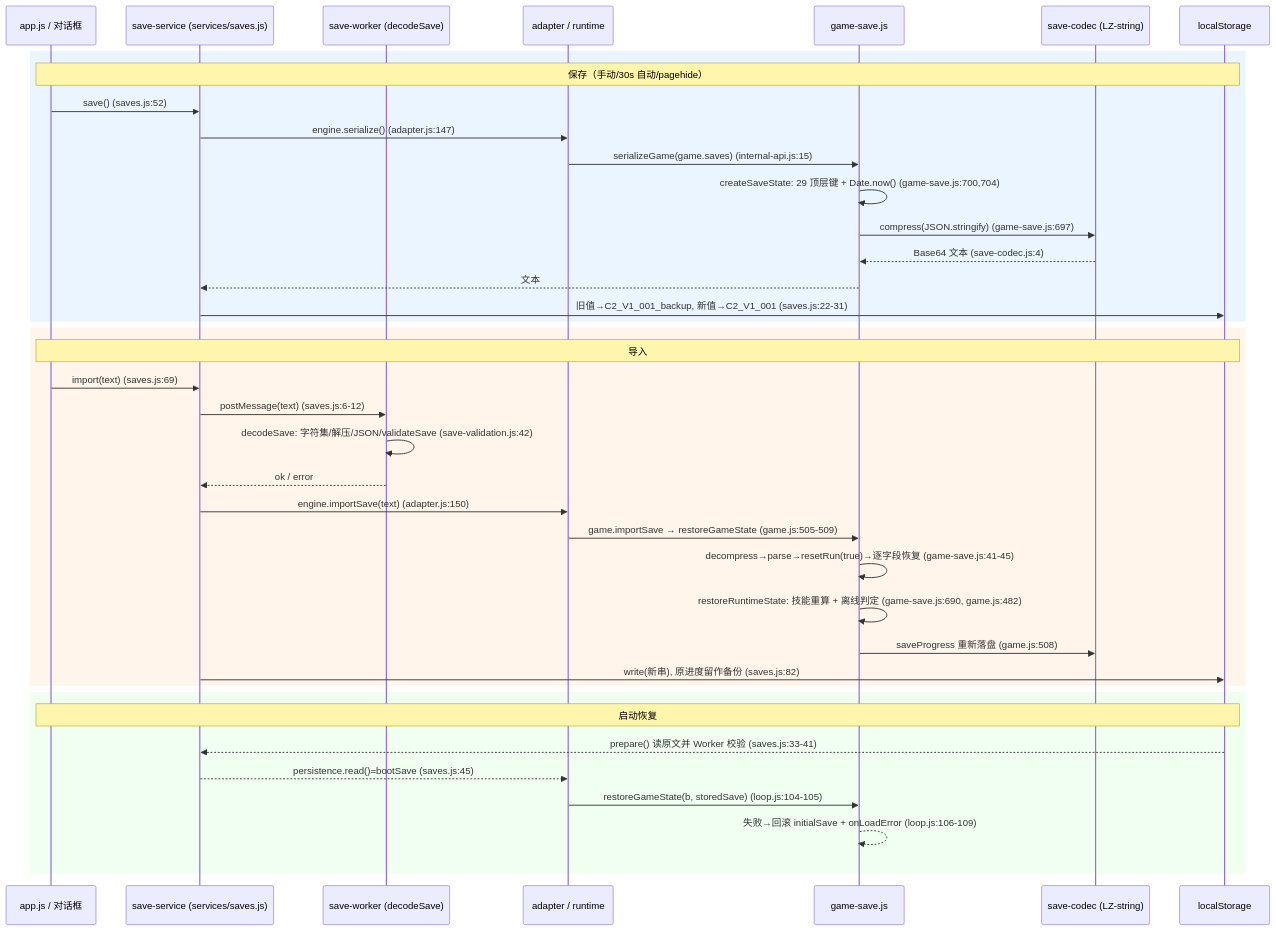
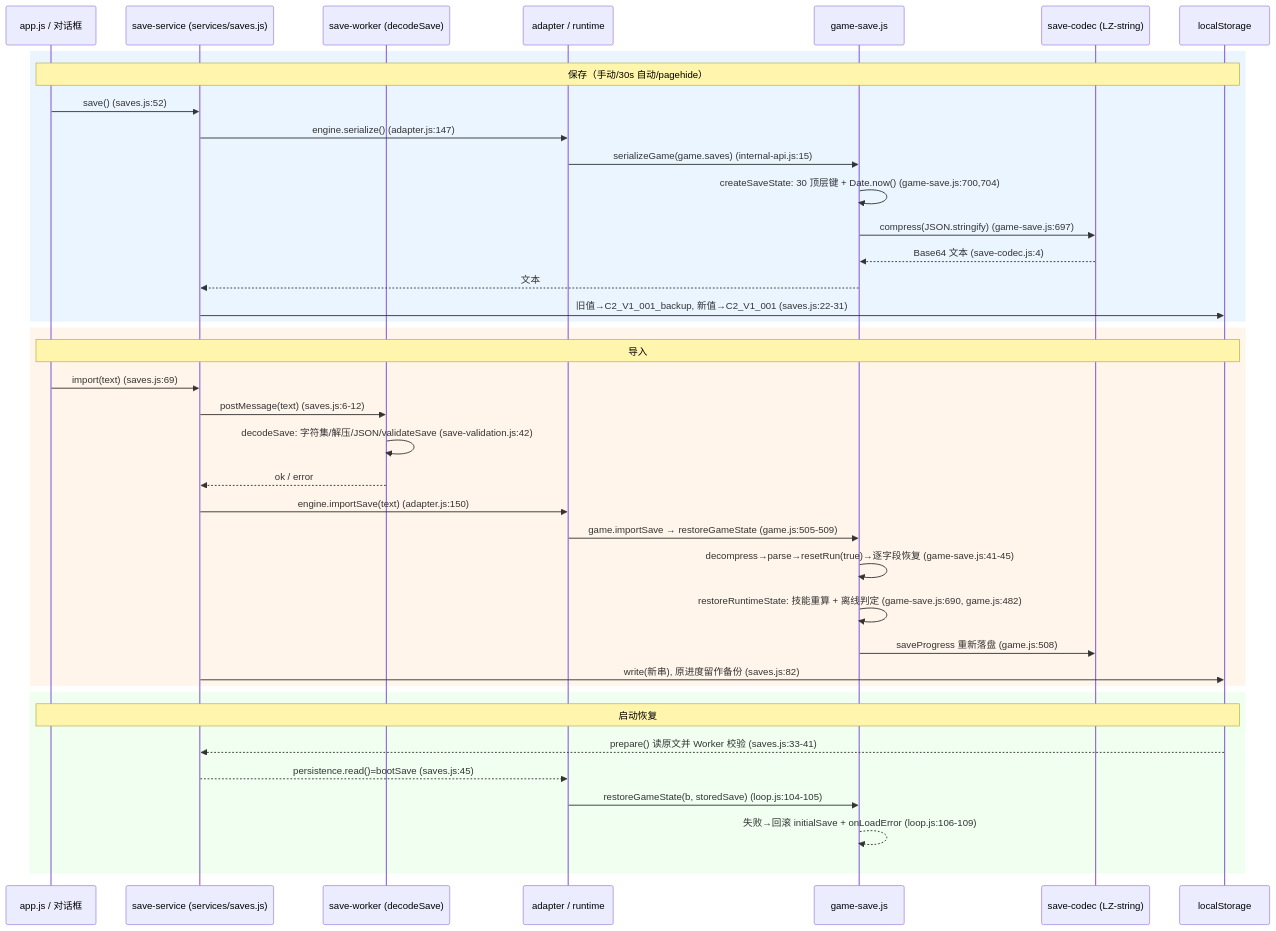
One commit to TT-106/click changed the fourth of 6 diagrams in docs/architecture.md. Above: the diagram before and after it, drawn with Mermaid. The commit also changed other lines of this file and 74 other files, not shown here.

````diff
--- a/docs/architecture.md
+++ b/docs/architecture.md
@@ -283,44 +283,44 @@
 ```mermaid
 sequenceDiagram
     participant UI as app.js / 对话框
     participant SV as save-service (services/saves.js)
     participant WV as save-worker (decodeSave)
     participant AD as adapter / runtime
     participant GS as game-save.js
     participant SC as save-codec (LZ-string)
     participant LS as localStorage
 
     rect rgb(235, 245, 255)
     Note over UI,LS: 保存（手动/30s 自动/pagehide）
     UI->>SV: save() (saves.js:52)
     SV->>AD: engine.serialize() (adapter.js:147)
     AD->>GS: serializeGame(game.saves) (internal-api.js:15)
-    GS->>GS: createSaveState: 29 顶层键 + Date.now() (game-save.js:700,704)
+    GS->>GS: createSaveState: 30 顶层键 + Date.now() (game-save.js:700,704)
     GS->>SC: compress(JSON.stringify) (game-save.js:697)
     SC-->>GS: Base64 文本 (save-codec.js:4)
     GS-->>SV: 文本
     SV->>LS: 旧值→C2_V1_001_backup, 新值→C2_V1_001 (saves.js:22-31)
     end
 
     rect rgb(255, 245, 235)
     Note over UI,LS: 导入
     UI->>SV: import(text) (saves.js:69)
     SV->>WV: postMessage(text) (saves.js:6-12)
     WV->>WV: decodeSave: 字符集/解压/JSON/validateSave (save-validation.js:42)
     WV-->>SV: ok / error
     SV->>AD: engine.importSave(text) (adapter.js:150)
     AD->>GS: game.importSave → restoreGameState (game.js:505-509)
     GS->>GS: decompress→parse→resetRun(true)→逐字段恢复 (game-save.js:41-45)
     GS->>GS: restoreRuntimeState: 技能重算 + 离线判定 (game-save.js:690, game.js:482)
     GS->>SC: saveProgress 重新落盘 (game.js:508)
     SV->>LS: write(新串), 原进度留作备份 (saves.js:82)
     end
 
     rect rgb(240, 255, 240)
     Note over UI,LS: 启动恢复
     LS-->>SV: prepare() 读原文并 Worker 校验 (saves.js:33-41)
     SV-->>AD: persistence.read()=bootSave (saves.js:45)
     AD->>GS: restoreGameState(b, storedSave) (loop.js:104-105)
     GS-->>GS: 失败→回滚 initialSave + onLoadError (loop.js:106-109)
     end
 ```
````
